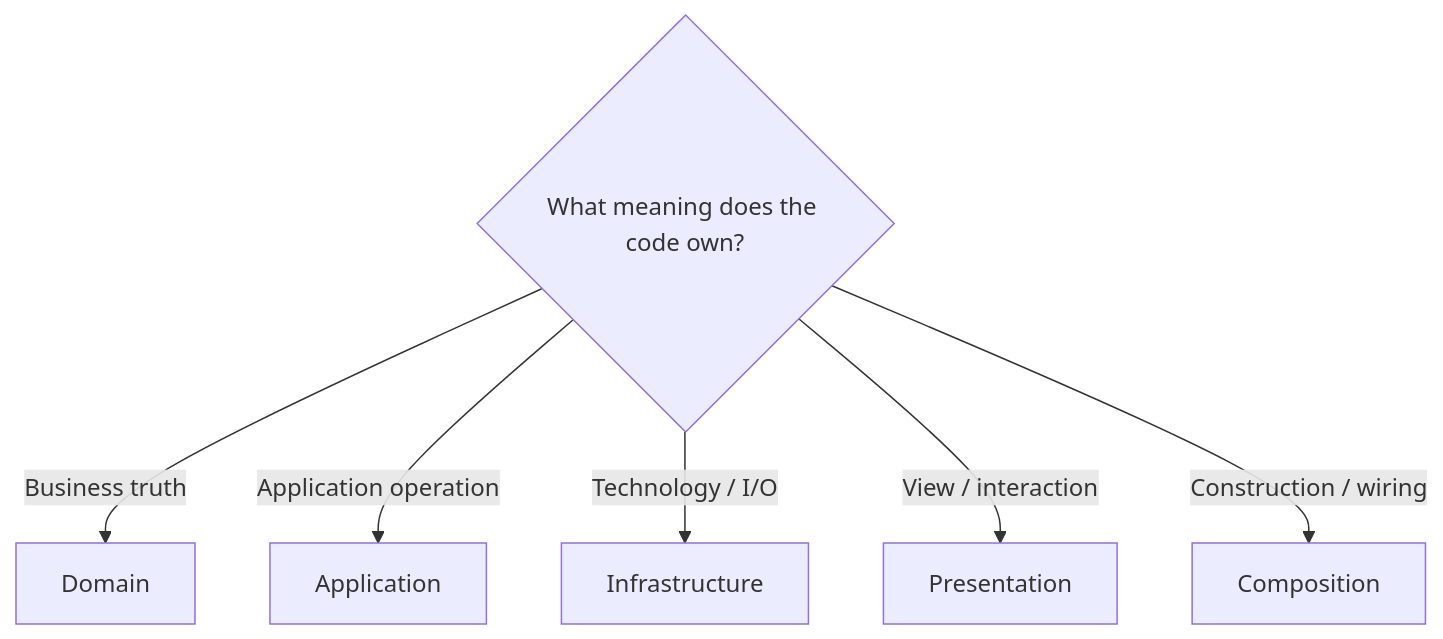
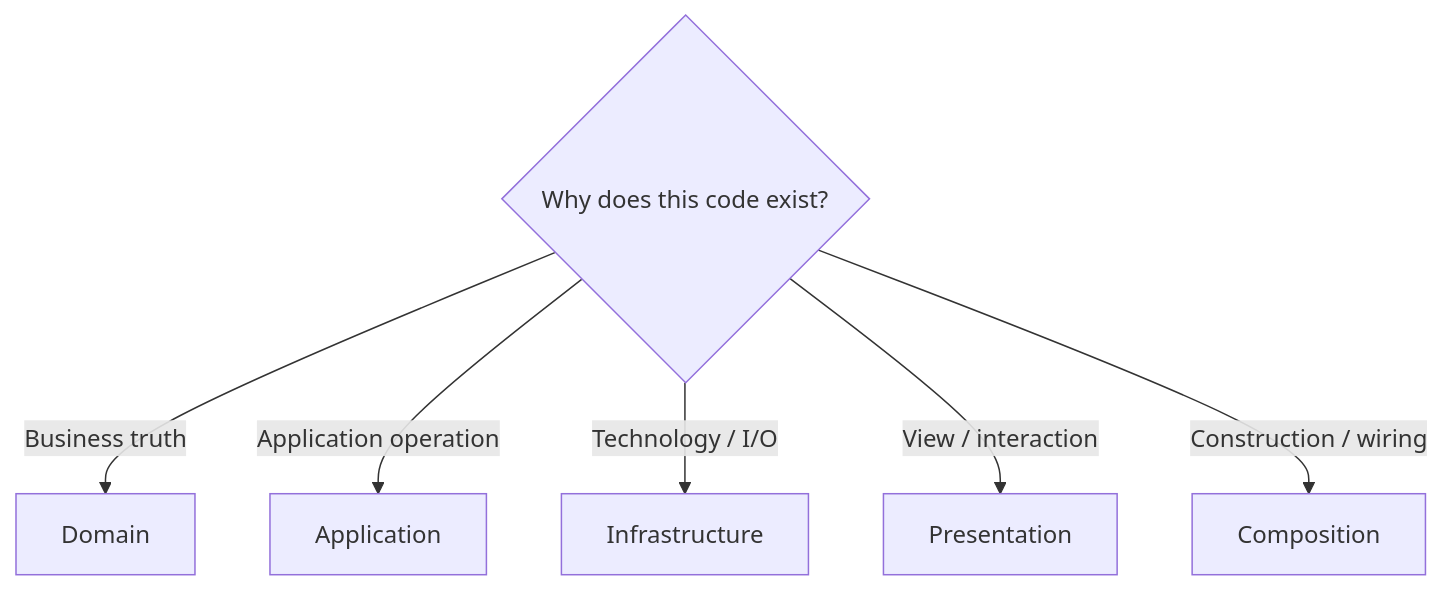
One commit to AndresTaoFlorez/software-architecture changed the fourth of 7 diagrams in onion-architecture/README.md. Above: the diagram before and after it, drawn with Mermaid. The commit also changed other lines of this file and 26 other files, not shown here.

Commit message:
docs: make architecture guides beginner-first and enforce documentation standards

````diff
--- a/onion-architecture/README.md
+++ b/onion-architecture/README.md
@@ -109,9 +132,9 @@
 ```mermaid
 flowchart TD
-    Q{"What meaning does the code own?"}
+    Q{"Why does this code exist?"}
     Q -->|"Business truth"| D["Domain"]
     Q -->|"Application operation"| A["Application"]
     Q -->|"Technology / I/O"| I["Infrastructure"]
     Q -->|"View / interaction"| P["Presentation"]
     Q -->|"Construction / wiring"| C["Composition"]
 ```
````
